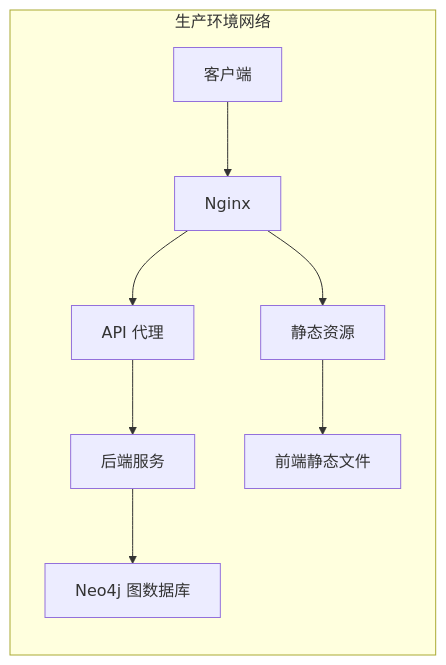
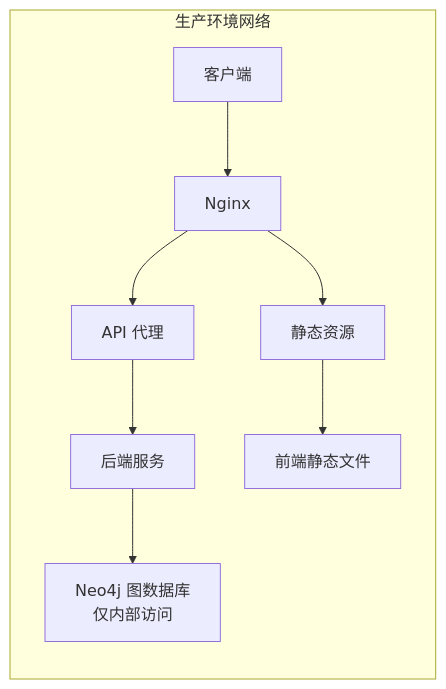
Before and after one commit to xfbyxq/ai-novel-system: the eighth of 21 diagrams in .qoder/repowiki/zh/content/Docker Deployment.md, drawn with Mermaid. The commit also changed other lines of this file and 1 other file, not shown here.

````diff
--- a/.qoder/repowiki/zh/content/Docker Deployment.md
+++ b/.qoder/repowiki/zh/content/Docker Deployment.md
@@ -439,11 +450,11 @@
 ```mermaid
 graph LR
 subgraph "生产环境网络"
 CLIENT[客户端] --> NGINX[Nginx]
 NGINX --> API[API 代理]
 NGINX --> STATIC[静态资源]
 API --> BACKEND[后端服务]
 STATIC --> FRONTEND[前端静态文件]
-BACKEND --> GRAPH_DB[Neo4j 图数据库]
+BACKEND --> GRAPH_DB[Neo4j 图数据库<br/>仅内部访问]
 end
 ```
````
